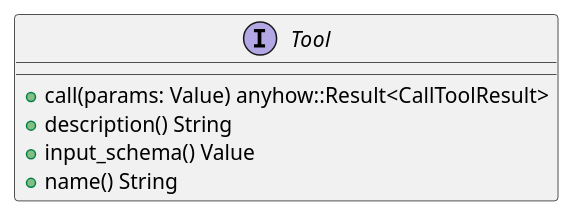
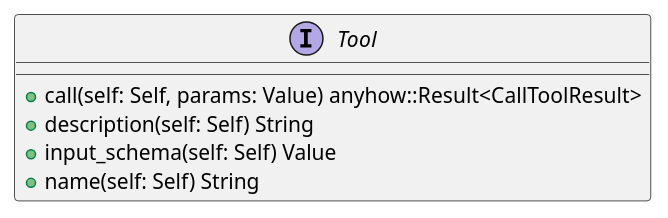
One commit to lgcorzo/rust_CACD_autonomous_factory changed the first of 6 diagrams in openwiki/crates_factory_mcp_server_src_tools_mod.md. Above: the diagram before and after it, drawn with PlantUML. The commit also changed other lines of this file and 95 other files, not shown here.

````diff
--- a/openwiki/crates_factory_mcp_server_src_tools_mod.md
+++ b/openwiki/crates_factory_mcp_server_src_tools_mod.md
@@ -191,11 +192,11 @@
 ```plantuml
 @startuml
 interface Tool {
-    +call(params: Value) anyhow::Result<CallToolResult>
-    +description() String
-    +input_schema() Value
-    +name() String
+    +call(self: Self, params: Value) anyhow::Result<CallToolResult>
+    +description(self: Self) String
+    +input_schema(self: Self) Value
+    +name(self: Self) String
 }
 @enduml
 
 ```
````
